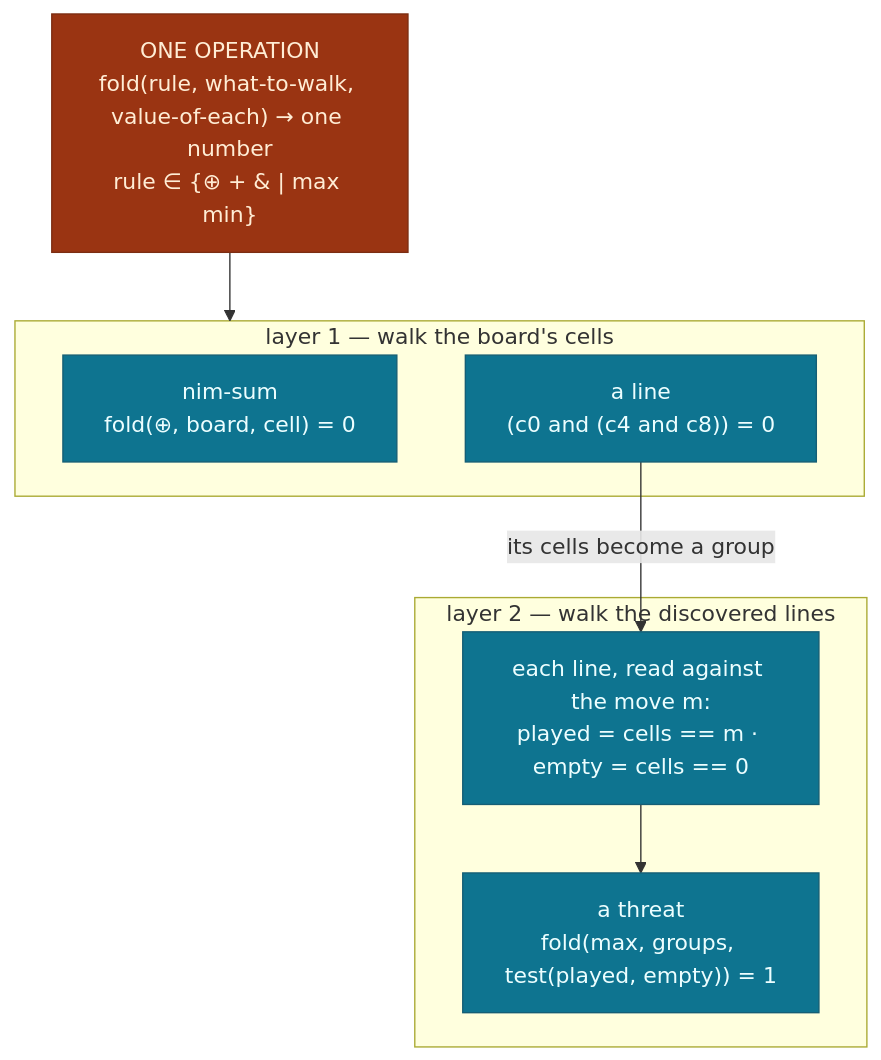
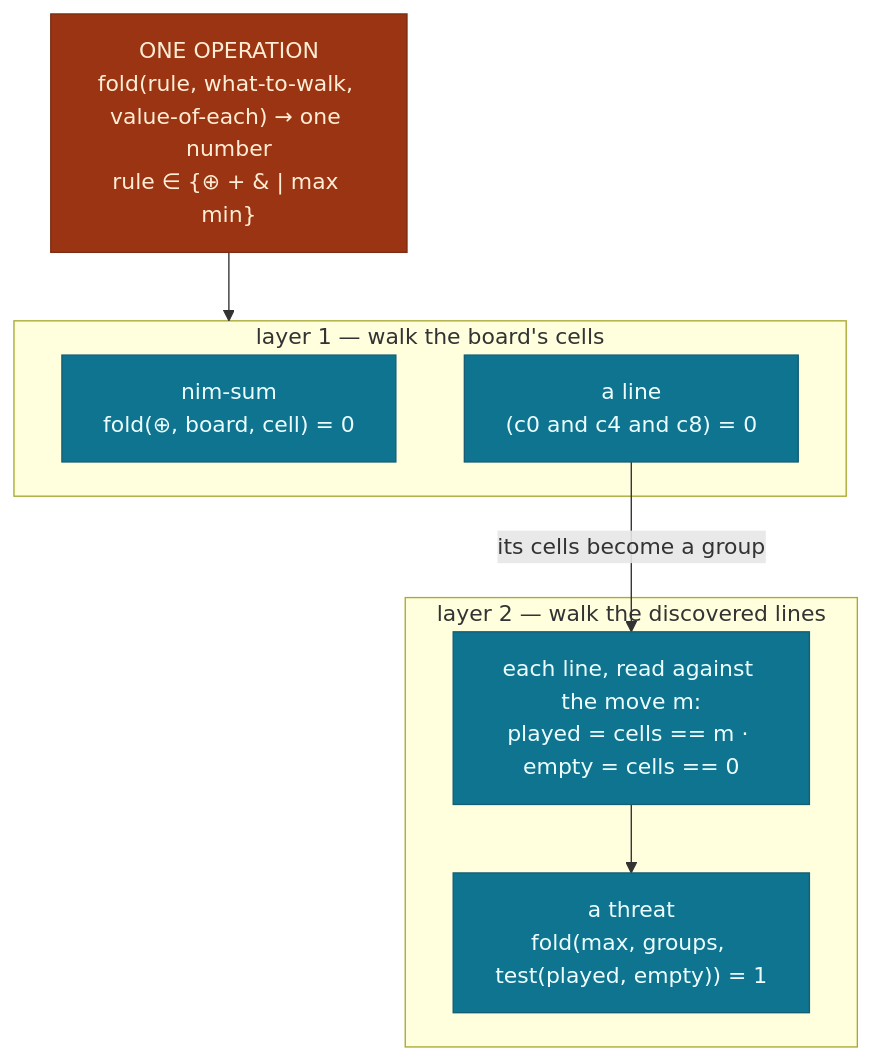
The third of 3 diagrams in docs/concept-invention.md (MatheweB/WiseExplorer), drawn with Mermaid before and after one commit. The commit also changed other lines of this file and 6 other files, not shown here.

````diff
--- a/docs/concept-invention.md
+++ b/docs/concept-invention.md
@@ -208,19 +208,19 @@
 ```mermaid
 flowchart TD
     classDef op fill:#9a3412,stroke:#7c2d12,color:#ffedd5
     classDef ex fill:#0e7490,stroke:#155e75,color:#ecfeff
     F["ONE OPERATION<br/>fold(rule, what-to-walk, value-of-each) → one number<br/>rule ∈ {⊕ + &amp; | max min}"]
     subgraph L1["layer 1 — walk the board's cells"]
       N["nim-sum<br/>fold(⊕, board, cell) = 0"]
-      LN["a line<br/>(c0 and (c4 and c8)) = 0"]
+      LN["a line<br/>(c0 and c4 and c8) = 0"]
     end
     subgraph L2["layer 2 — walk the discovered lines"]
       PE["each line, read against the move m:<br/>played = cells == m · empty = cells == 0"]
       T["a threat<br/>fold(max, groups, test(played, empty)) = 1"]
       PE --> T
     end
     F --> L1
     LN -->|"its cells become a group"| PE
     class F op
     class N,LN,PE,T ex
 ```
````
